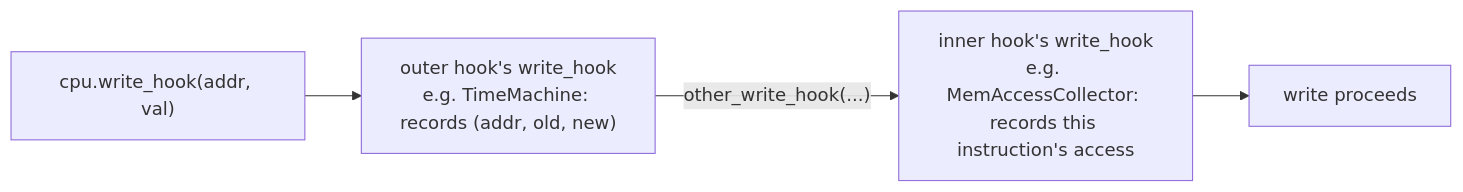
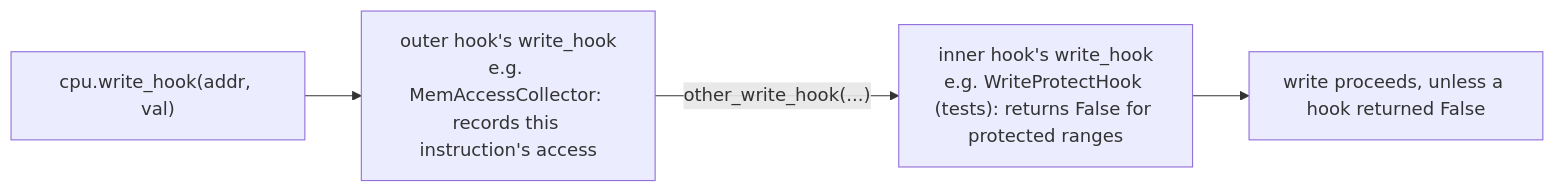
Before and after one commit to fschuhi/papple2: the fourth of 5 diagrams in README.md, drawn with Mermaid. The commit also changed other lines of this file and 3 other files, not shown here.

Commit message:
Docs: the time machine is gone

````diff
--- a/README.md
+++ b/README.md
@@ -121,6 +121,6 @@
 ```mermaid
 graph LR
-    A["cpu.write_hook(addr, val)"] --> B["outer hook's write_hook<br/>e.g. TimeMachine: records (addr, old, new)"]
-    B -- "other_write_hook(...)" --> C["inner hook's write_hook<br/>e.g. MemAccessCollector: records this instruction's access"]
-    C --> D["write proceeds"]
+    A["cpu.write_hook(addr, val)"] --> B["outer hook's write_hook<br/>e.g. MemAccessCollector: records this instruction's access"]
+    B -- "other_write_hook(...)" --> C["inner hook's write_hook<br/>e.g. WriteProtectHook (tests): returns False for protected ranges"]
+    C --> D["write proceeds, unless a hook returned False"]
 ```
````
